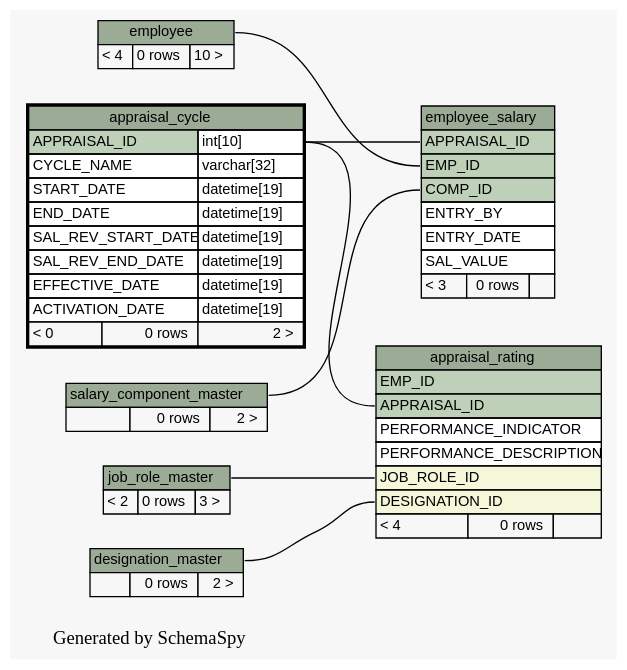
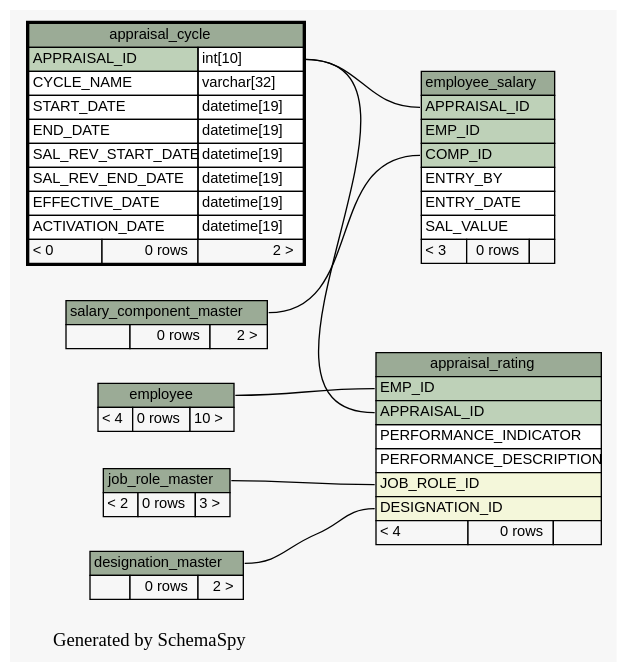
The diagram in docs/database/schemaspy/graphs/appraisal_cycle.2degrees.dot (engineerscraft/hrms), drawn with Graphviz before and after one commit. The commit also changed 94 other files, not shown here.

```diff
--- a/docs/database/schemaspy/graphs/appraisal_cycle.2degrees.dot
+++ b/docs/database/schemaspy/graphs/appraisal_cycle.2degrees.dot
@@ -1,106 +1,106 @@
 // dot 2.38.0 on Windows 7 6.1
 digraph "twoDegreesRelationshipsGraph" {
   graph [
     rankdir="RL"
     bgcolor="#f7f7f7"
     label="\nGenerated by SchemaSpy"
     labeljust="l"
   ];
   node [
     fontname="Helvetica"
     fontsize="11"
     shape="plaintext"
   ];
   edge [
     arrowsize="0.8"
   ];
   "appraisal_rating":"APPRAISAL_ID":w -> "appraisal_cycle":"APPRAISAL_ID.type":e [arrowtail=crowtee arrowhead=none];
   "appraisal_rating":"DESIGNATION_ID":w -> "designation_master":"designation_master.heading":e [arrowtail=crowodot arrowhead=none];
+  "appraisal_rating":"EMP_ID":w -> "employee":"employee.heading":e [arrowtail=crowtee arrowhead=none];
   "appraisal_rating":"JOB_ROLE_ID":w -> "job_role_master":"job_role_master.heading":e [arrowtail=crowodot arrowhead=none];
   "employee_salary":"APPRAISAL_ID":w -> "appraisal_cycle":"APPRAISAL_ID.type":e [arrowtail=crowtee arrowhead=none];
   "employee_salary":"COMP_ID":w -> "salary_component_master":"salary_component_master.heading":e [arrowtail=crowtee arrowhead=none];
-  "employee_salary":"EMP_ID":w -> "employee":"employee.heading":e [arrowtail=crowtee arrowhead=none];
   "appraisal_cycle" [
     label=<
     <TABLE BORDER="2" CELLBORDER="1" CELLSPACING="0" BGCOLOR="#ffffff">
       <TR><TD PORT="appraisal_cycle.heading" COLSPAN="3" BGCOLOR="#9bab96" ALIGN="CENTER">appraisal_cycle</TD></TR>
       <TR><TD PORT="APPRAISAL_ID" COLSPAN="2" BGCOLOR="#bed1b8" ALIGN="LEFT">APPRAISAL_ID</TD><TD PORT="APPRAISAL_ID.type" ALIGN="LEFT">int[10]</TD></TR>
       <TR><TD PORT="CYCLE_NAME" COLSPAN="2" ALIGN="LEFT">CYCLE_NAME</TD><TD PORT="CYCLE_NAME.type" ALIGN="LEFT">varchar[32]</TD></TR>
       <TR><TD PORT="START_DATE" COLSPAN="2" ALIGN="LEFT">START_DATE</TD><TD PORT="START_DATE.type" ALIGN="LEFT">datetime[19]</TD></TR>
       <TR><TD PORT="END_DATE" COLSPAN="2" ALIGN="LEFT">END_DATE</TD><TD PORT="END_DATE.type" ALIGN="LEFT">datetime[19]</TD></TR>
       <TR><TD PORT="SAL_REV_START_DATE" COLSPAN="2" ALIGN="LEFT">SAL_REV_START_DATE</TD><TD PORT="SAL_REV_START_DATE.type" ALIGN="LEFT">datetime[19]</TD></TR>
       <TR><TD PORT="SAL_REV_END_DATE" COLSPAN="2" ALIGN="LEFT">SAL_REV_END_DATE</TD><TD PORT="SAL_REV_END_DATE.type" ALIGN="LEFT">datetime[19]</TD></TR>
       <TR><TD PORT="EFFECTIVE_DATE" COLSPAN="2" ALIGN="LEFT">EFFECTIVE_DATE</TD><TD PORT="EFFECTIVE_DATE.type" ALIGN="LEFT">datetime[19]</TD></TR>
       <TR><TD PORT="ACTIVATION_DATE" COLSPAN="2" ALIGN="LEFT">ACTIVATION_DATE</TD><TD PORT="ACTIVATION_DATE.type" ALIGN="LEFT">datetime[19]</TD></TR>
       <TR><TD ALIGN="LEFT" BGCOLOR="#f7f7f7">&lt; 0</TD><TD ALIGN="RIGHT" BGCOLOR="#f7f7f7">0 rows</TD><TD ALIGN="RIGHT" BGCOLOR="#f7f7f7">2 &gt;</TD></TR>
     </TABLE>>
     URL="appraisal_cycle.html#"
     tooltip="appraisal_cycle"
   ];
   "appraisal_rating" [
     label=<
     <TABLE BORDER="0" CELLBORDER="1" CELLSPACING="0" BGCOLOR="#ffffff">
       <TR><TD PORT="appraisal_rating.heading" COLSPAN="3" BGCOLOR="#9bab96" ALIGN="CENTER">appraisal_rating</TD></TR>
       <TR><TD PORT="EMP_ID" COLSPAN="3" BGCOLOR="#bed1b8" ALIGN="LEFT">EMP_ID</TD></TR>
       <TR><TD PORT="APPRAISAL_ID" COLSPAN="3" BGCOLOR="#bed1b8" ALIGN="LEFT">APPRAISAL_ID</TD></TR>
       <TR><TD PORT="PERFORMANCE_INDICATOR" COLSPAN="3" ALIGN="LEFT">PERFORMANCE_INDICATOR</TD></TR>
       <TR><TD PORT="PERFORMANCE_DESCRIPTION" COLSPAN="3" ALIGN="LEFT">PERFORMANCE_DESCRIPTION</TD></TR>
       <TR><TD PORT="JOB_ROLE_ID" COLSPAN="3" BGCOLOR="#f4f7da" ALIGN="LEFT">JOB_ROLE_ID</TD></TR>
       <TR><TD PORT="DESIGNATION_ID" COLSPAN="3" BGCOLOR="#f4f7da" ALIGN="LEFT">DESIGNATION_ID</TD></TR>
       <TR><TD ALIGN="LEFT" BGCOLOR="#f7f7f7">&lt; 4</TD><TD ALIGN="RIGHT" BGCOLOR="#f7f7f7">0 rows</TD><TD ALIGN="RIGHT" BGCOLOR="#f7f7f7">  </TD></TR>
     </TABLE>>
     URL="appraisal_rating.html#graph"
     tooltip="appraisal_rating"
   ];
   "designation_master" [
     label=<
     <TABLE BORDER="0" CELLBORDER="1" CELLSPACING="0" BGCOLOR="#ffffff">
       <TR><TD PORT="designation_master.heading" COLSPAN="3" BGCOLOR="#9bab96" ALIGN="CENTER">designation_master</TD></TR>
       <TR><TD ALIGN="LEFT" BGCOLOR="#f7f7f7">  </TD><TD ALIGN="RIGHT" BGCOLOR="#f7f7f7">0 rows</TD><TD ALIGN="RIGHT" BGCOLOR="#f7f7f7">2 &gt;</TD></TR>
     </TABLE>>
     URL="designation_master.html#graph"
     tooltip="designation_master"
   ];
   "employee" [
     label=<
     <TABLE BORDER="0" CELLBORDER="1" CELLSPACING="0" BGCOLOR="#ffffff">
       <TR><TD PORT="employee.heading" COLSPAN="3" BGCOLOR="#9bab96" ALIGN="CENTER">employee</TD></TR>
       <TR><TD ALIGN="LEFT" BGCOLOR="#f7f7f7">&lt; 4</TD><TD ALIGN="RIGHT" BGCOLOR="#f7f7f7">0 rows</TD><TD ALIGN="RIGHT" BGCOLOR="#f7f7f7">10 &gt;</TD></TR>
     </TABLE>>
     URL="employee.html#graph"
     tooltip="employee"
   ];
   "employee_salary" [
     label=<
     <TABLE BORDER="0" CELLBORDER="1" CELLSPACING="0" BGCOLOR="#ffffff">
       <TR><TD PORT="employee_salary.heading" COLSPAN="3" BGCOLOR="#9bab96" ALIGN="CENTER">employee_salary</TD></TR>
       <TR><TD PORT="APPRAISAL_ID" COLSPAN="3" BGCOLOR="#bed1b8" ALIGN="LEFT">APPRAISAL_ID</TD></TR>
       <TR><TD PORT="EMP_ID" COLSPAN="3" BGCOLOR="#bed1b8" ALIGN="LEFT">EMP_ID</TD></TR>
       <TR><TD PORT="COMP_ID" COLSPAN="3" BGCOLOR="#bed1b8" ALIGN="LEFT">COMP_ID</TD></TR>
       <TR><TD PORT="ENTRY_BY" COLSPAN="3" ALIGN="LEFT">ENTRY_BY</TD></TR>
       <TR><TD PORT="ENTRY_DATE" COLSPAN="3" ALIGN="LEFT">ENTRY_DATE</TD></TR>
       <TR><TD PORT="SAL_VALUE" COLSPAN="3" ALIGN="LEFT">SAL_VALUE</TD></TR>
       <TR><TD ALIGN="LEFT" BGCOLOR="#f7f7f7">&lt; 3</TD><TD ALIGN="RIGHT" BGCOLOR="#f7f7f7">0 rows</TD><TD ALIGN="RIGHT" BGCOLOR="#f7f7f7">  </TD></TR>
     </TABLE>>
     URL="employee_salary.html#graph"
     tooltip="employee_salary"
   ];
   "job_role_master" [
     label=<
     <TABLE BORDER="0" CELLBORDER="1" CELLSPACING="0" BGCOLOR="#ffffff">
       <TR><TD PORT="job_role_master.heading" COLSPAN="3" BGCOLOR="#9bab96" ALIGN="CENTER">job_role_master</TD></TR>
       <TR><TD ALIGN="LEFT" BGCOLOR="#f7f7f7">&lt; 2</TD><TD ALIGN="RIGHT" BGCOLOR="#f7f7f7">0 rows</TD><TD ALIGN="RIGHT" BGCOLOR="#f7f7f7">3 &gt;</TD></TR>
     </TABLE>>
     URL="job_role_master.html#graph"
     tooltip="job_role_master"
   ];
   "salary_component_master" [
     label=<
     <TABLE BORDER="0" CELLBORDER="1" CELLSPACING="0" BGCOLOR="#ffffff">
       <TR><TD PORT="salary_component_master.heading" COLSPAN="3" BGCOLOR="#9bab96" ALIGN="CENTER">salary_component_master</TD></TR>
       <TR><TD ALIGN="LEFT" BGCOLOR="#f7f7f7">  </TD><TD ALIGN="RIGHT" BGCOLOR="#f7f7f7">0 rows</TD><TD ALIGN="RIGHT" BGCOLOR="#f7f7f7">2 &gt;</TD></TR>
     </TABLE>>
     URL="salary_component_master.html#graph"
     tooltip="salary_component_master"
   ];
 }
```
